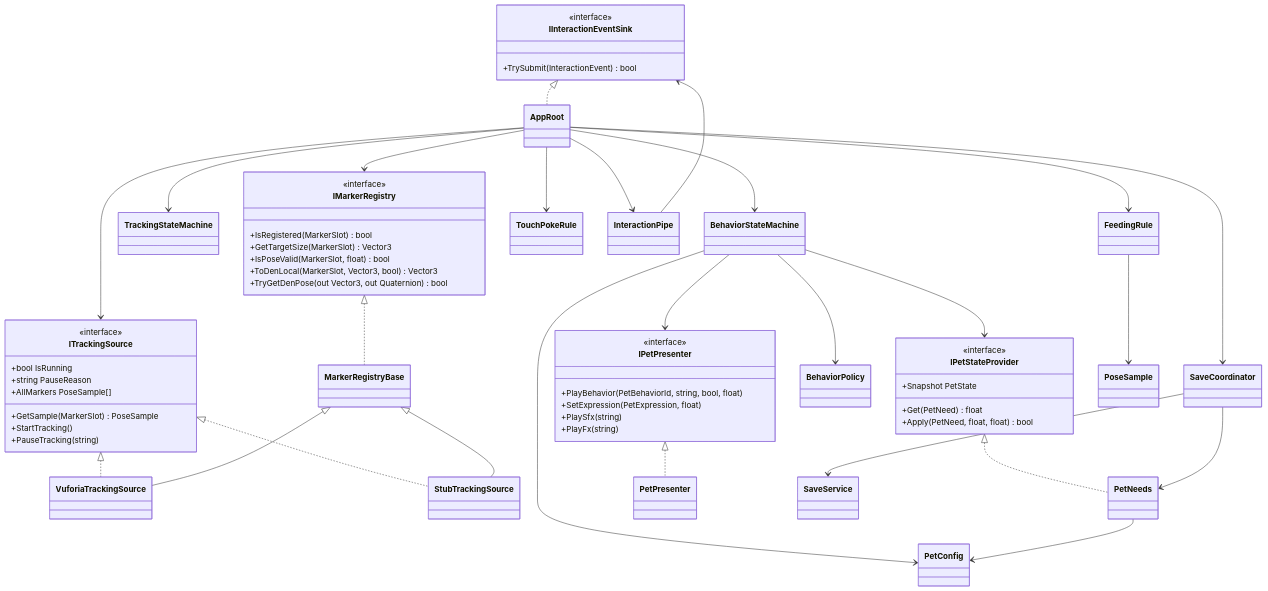
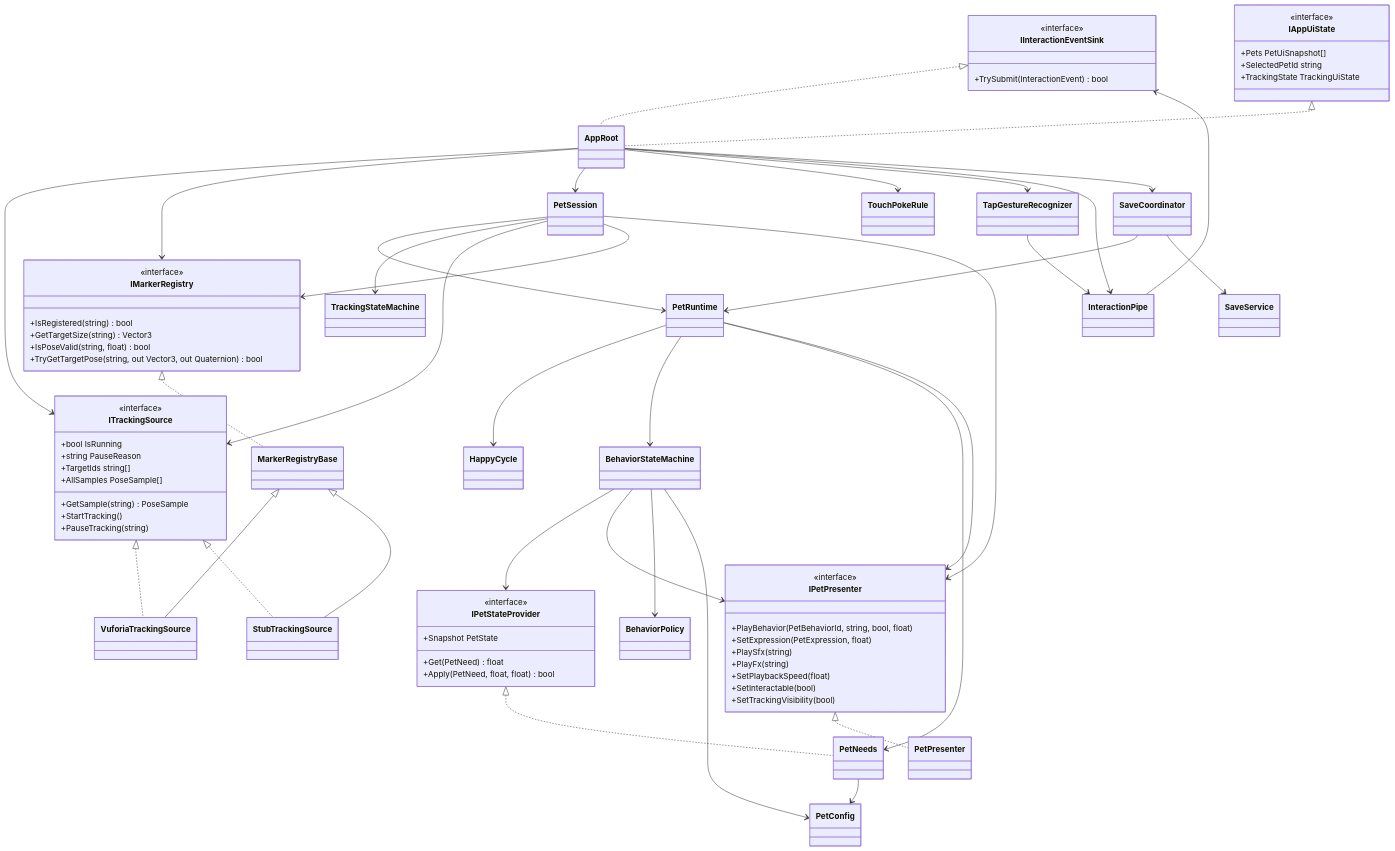
One commit to fapig1/ZQXNXS changed the third of 4 diagrams in Docs/项目架构与技术架构.md. Above: the diagram before and after it, drawn with Mermaid. The commit also changed other lines of this file and 1300 other files, not shown here.

```diff
--- a/Docs/项目架构与技术架构.md
+++ b/Docs/项目架构与技术架构.md
@@ -166,18 +192,18 @@
         <<interface>>
         +bool IsRunning
         +string PauseReason
-        +GetSample(MarkerSlot) PoseSample
-        +AllMarkers PoseSample[]
+        +TargetIds string[]
+        +GetSample(string) PoseSample
+        +AllSamples PoseSample[]
         +StartTracking()
         +PauseTracking(string)
     }
     class IMarkerRegistry {
         <<interface>>
-        +IsRegistered(MarkerSlot) bool
-        +GetTargetSize(MarkerSlot) Vector3
-        +IsPoseValid(MarkerSlot, float) bool
-        +ToDenLocal(MarkerSlot, Vector3, bool) Vector3
-        +TryGetDenPose(out Vector3, out Quaternion) bool
+        +IsRegistered(string) bool
+        +GetTargetSize(string) Vector3
+        +IsPoseValid(string, float) bool
+        +TryGetTargetPose(string, out Vector3, out Quaternion) bool
     }
     class IInteractionEventSink {
         <<interface>>
@@ -189,6 +215,9 @@
         +SetExpression(PetExpression, float)
         +PlaySfx(string)
         +PlayFx(string)
+        +SetPlaybackSpeed(float)
+        +SetInteractable(bool)
+        +SetTrackingVisibility(bool)
     }
     class IPetStateProvider {
         <<interface>>
@@ -196,19 +225,28 @@
         +Snapshot PetState
         +Apply(PetNeed, float, float) bool
     }
+    class IAppUiState {
+        <<interface>>
+        +Pets PetUiSnapshot[]
+        +SelectedPetId string
+        +TrackingState TrackingUiState
+    }
 
     class MarkerRegistryBase
     class VuforiaTrackingSource
     class StubTrackingSource
     class TrackingStateMachine
-    class FeedingRule
     class TouchPokeRule
+    class TapGestureRecognizer
     class InteractionPipe
+    class PetRuntime
+    class HappyCycle
     class BehaviorStateMachine
     class BehaviorPolicy
     class PetNeeds
     class PetConfig
     class PetPresenter
+    class PetSession
     class SaveCoordinator
     class SaveService
     class AppRoot
@@ -219,17 +257,28 @@
     MarkerRegistryBase <|-- VuforiaTrackingSource
     MarkerRegistryBase <|-- StubTrackingSource
     IInteractionEventSink <|.. AppRoot
+    IAppUiState <|.. AppRoot
     IPetPresenter <|.. PetPresenter
     IPetStateProvider <|.. PetNeeds
 
     AppRoot --> ITrackingSource
     AppRoot --> IMarkerRegistry
-    AppRoot --> BehaviorStateMachine
-    AppRoot --> FeedingRule
+    AppRoot --> PetSession
     AppRoot --> TouchPokeRule
+    AppRoot --> TapGestureRecognizer
     AppRoot --> InteractionPipe
     AppRoot --> SaveCoordinator
-    AppRoot --> TrackingStateMachine
+
+    TapGestureRecognizer --> InteractionPipe
+    PetSession --> PetRuntime
+    PetSession --> TrackingStateMachine
+    PetSession --> ITrackingSource
+    PetSession --> IMarkerRegistry
+    PetSession --> IPetPresenter
+    PetRuntime --> HappyCycle
+    PetRuntime --> BehaviorStateMachine
+    PetRuntime --> PetNeeds
+    PetRuntime --> IPetPresenter
 
     InteractionPipe --> IInteractionEventSink
     BehaviorStateMachine --> IPetStateProvider
@@ -237,7 +286,6 @@
     BehaviorStateMachine --> BehaviorPolicy
     BehaviorStateMachine --> PetConfig
     PetNeeds --> PetConfig
-    FeedingRule --> PoseSample
-    SaveCoordinator --> PetNeeds
+    SaveCoordinator --> PetRuntime
     SaveCoordinator --> SaveService
 ~~~
```
